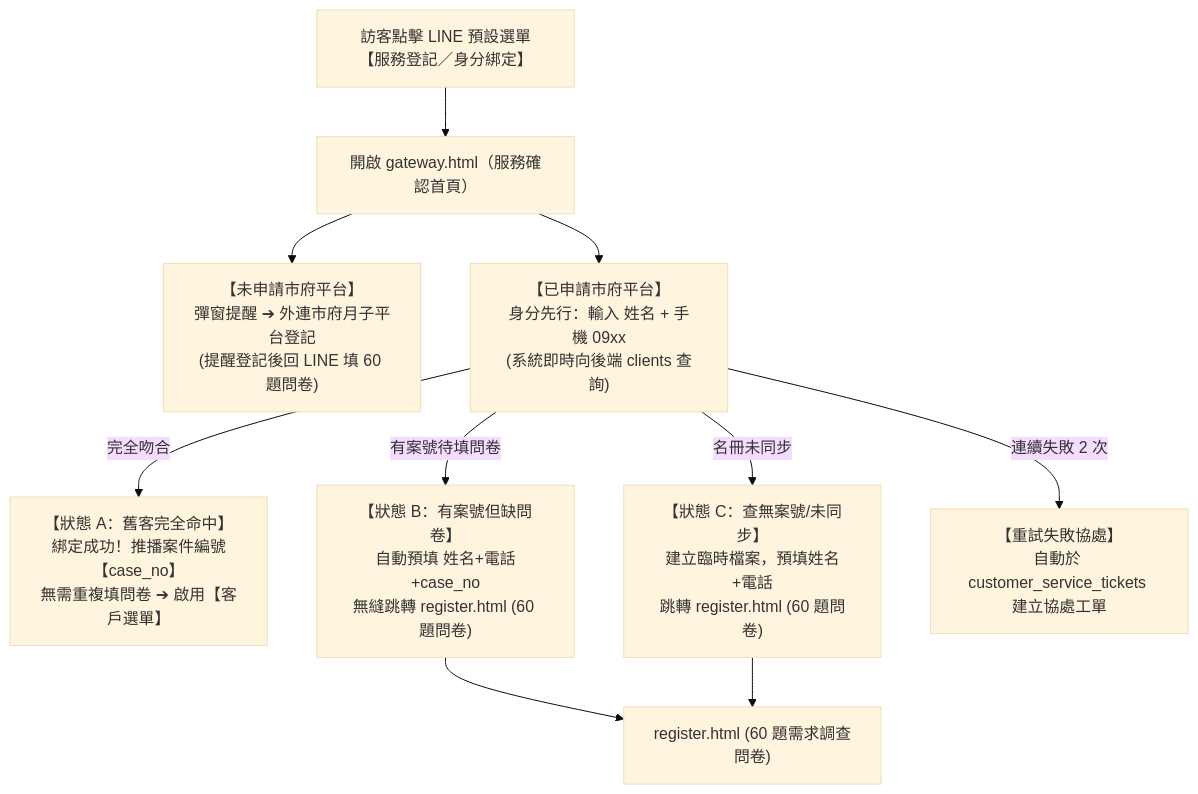
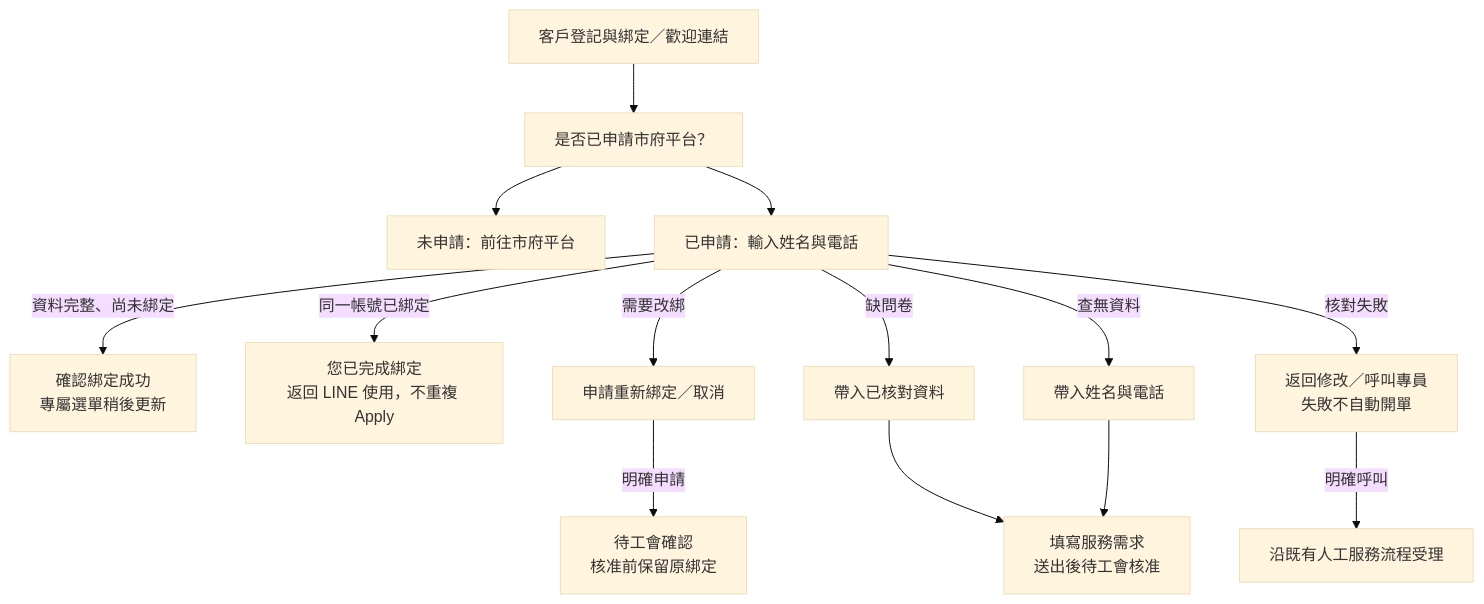
Before and after one commit to chrishzc/Labor_union: the first of 3 diagrams in document/架構重整/01_規格基線/26_LINE四大模組Eraser流程圖轉錄與驗收基線.md, drawn with Mermaid (base theme). The commit also changed other lines of this file and 158 other files, not shown here.

````diff
--- a/document/架構重整/01_規格基線/26_LINE四大模組Eraser流程圖轉錄與驗收基線.md
+++ b/document/架構重整/01_規格基線/26_LINE四大模組Eraser流程圖轉錄與驗收基線.md
@@ -148,15 +152,16 @@
 ```mermaid
 flowchart TD
-    User_Entry["訪客點擊 LINE 預設選單【服務登記／身分綁定】"] --> Gateway_View["開啟 gateway.html（服務確認首頁）"]
-
-    Gateway_View --> Branch_Gov_No["【未申請市府平台】<br/>彈窗提醒 ➔ 外連市府月子平台登記<br/>(提醒登記後回 LINE 填 60 題問卷)"]
-    Gateway_View --> Branch_Gov_Yes["【已申請市府平台】<br/>身分先行：輸入 姓名 + 手機 09xx<br/>(系統即時向後端 clients 查詢)"]
-
-    Branch_Gov_Yes -->|"完全吻合"| State_A["【狀態 A：舊客完全命中】<br/>綁定成功！推播案件編號【case_no】<br/>無需重複填問卷 ➔ 啟用【客戶選單】"]
-    Branch_Gov_Yes -->|"有案號待填問卷"| State_B["【狀態 B：有案號但缺問卷】<br/>自動預填 姓名+電話+case_no<br/>無縫跳轉 register.html (60 題問卷)"]
-    Branch_Gov_Yes -->|"名冊未同步"| State_C["【狀態 C：查無案號/未同步】<br/>建立臨時檔案，預填姓名+電話<br/>跳轉 register.html (60 題問卷)"]
-    Branch_Gov_Yes -->|"連續失敗 2 次"| Retry_Fail["【重試失敗協處】<br/>自動於 customer_service_tickets 建立協處工單"]
-
-    State_B --> Register_Form["register.html (60 題需求調查問卷)"]
+    User_Entry["客戶登記與綁定／歡迎連結"] --> Gateway_View["是否已申請市府平台？"]
+    Gateway_View --> Branch_Gov_No["未申請：前往市府平台"]
+    Gateway_View --> Branch_Gov_Yes["已申請：輸入姓名與電話"]
+    Branch_Gov_Yes -->|資料完整、尚未綁定| State_A["確認綁定成功<br/>專屬選單稍後更新"]
+    Branch_Gov_Yes -->|同一帳號已綁定| Already_Bound["您已完成綁定<br/>返回 LINE 使用，不重複 Apply"]
+    Branch_Gov_Yes -->|需要改綁| Rebind_Request["申請重新綁定／取消"]
+    Rebind_Request -->|明確申請| Rebind_Review["待工會確認<br/>核准前保留原綁定"]
+    Branch_Gov_Yes -->|缺問卷| State_B["帶入已核對資料"]
+    Branch_Gov_Yes -->|查無資料| State_C["帶入姓名與電話"]
+    State_B --> Register_Form["填寫服務需求<br/>送出後待工會核准"]
     State_C --> Register_Form
+    Branch_Gov_Yes -->|核對失敗| Retry_Fail["返回修改／呼叫專員<br/>失敗不自動開單"]
+    Retry_Fail -->|明確呼叫| Human_Call["沿既有人工服務流程受理"]
 ```
````
